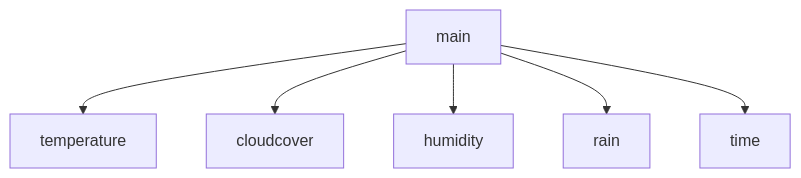
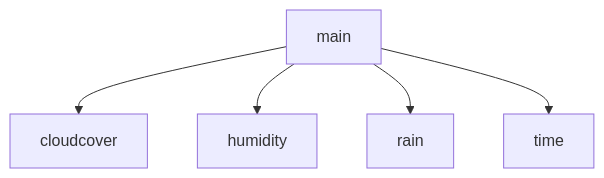
One commit to kajmaks/Adogop changed the diagram in README.md. Above: the diagram before and after it, drawn with Mermaid.

````diff
--- a/README.md
+++ b/README.md
@@ -14,8 +14,7 @@
 ```mermaid
 graph TD
-    main --> temperature
     main --> cloudcover
     main --> humidity
     main --> rain
     main --> time
 ```
````
